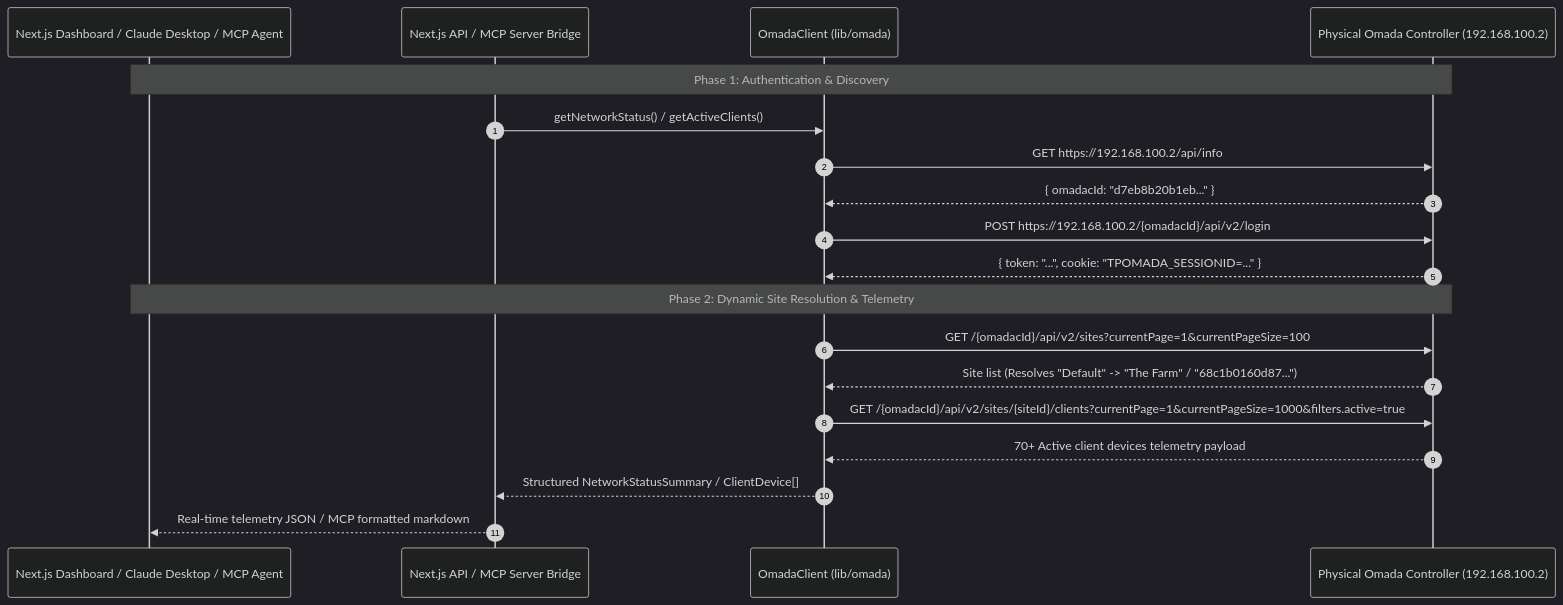
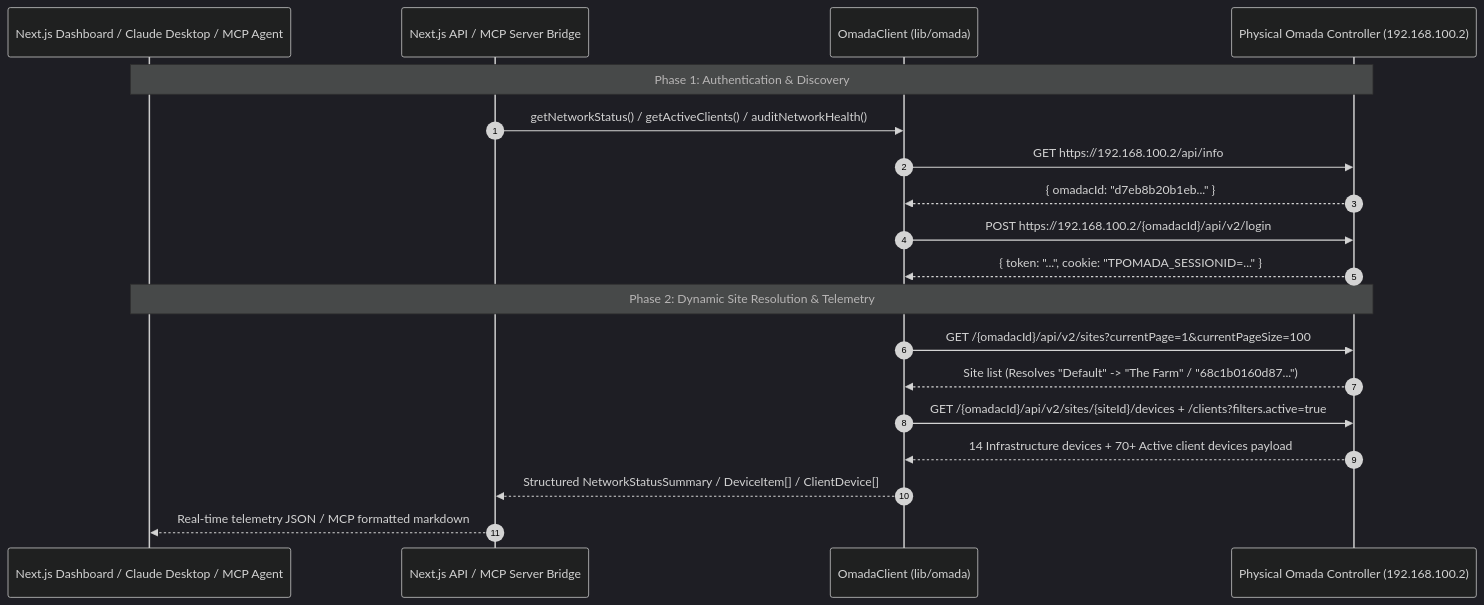
Before and after one commit to onejames/omada_noc: the diagram in README.md, drawn with Mermaid (dark theme). The commit also changed other lines of this file and 15 other files, not shown here.

````diff
--- a/README.md
+++ b/README.md
@@ -15,23 +15,23 @@
 ```mermaid
 sequenceDiagram
     autonumber
     participant UI as Next.js Dashboard / Claude Desktop / MCP Agent
     participant API as Next.js API / MCP Server Bridge
     participant Client as OmadaClient (lib/omada)
     participant Omada as Physical Omada Controller (192.168.100.2)
 
     Note over UI,Omada: Phase 1: Authentication & Discovery
-    API->>Client: getNetworkStatus() / getActiveClients()
+    API->>Client: getNetworkStatus() / getActiveClients() / auditNetworkHealth()
     Client->>Omada: GET https://192.168.100.2/api/info
     Omada-->>Client: { omadacId: "d7eb8b20b1eb..." }
     Client->>Omada: POST https://192.168.100.2/{omadacId}/api/v2/login
     Omada-->>Client: { token: "...", cookie: "TPOMADA_SESSIONID=..." }
 
     Note over UI,Omada: Phase 2: Dynamic Site Resolution & Telemetry
     Client->>Omada: GET /{omadacId}/api/v2/sites?currentPage=1&currentPageSize=100
     Omada-->>Client: Site list (Resolves "Default" -> "The Farm" / "68c1b0160d87...")
-    Client->>Omada: GET /{omadacId}/api/v2/sites/{siteId}/clients?currentPage=1&currentPageSize=1000&filters.active=true
-    Omada-->>Client: 70+ Active client devices telemetry payload
-    Client-->>API: Structured NetworkStatusSummary / ClientDevice[]
+    Client->>Omada: GET /{omadacId}/api/v2/sites/{siteId}/devices + /clients?filters.active=true
+    Omada-->>Client: 14 Infrastructure devices + 70+ Active client devices payload
+    Client-->>API: Structured NetworkStatusSummary / DeviceItem[] / ClientDevice[]
     API-->>UI: Real-time telemetry JSON / MCP formatted markdown
 ```
````
